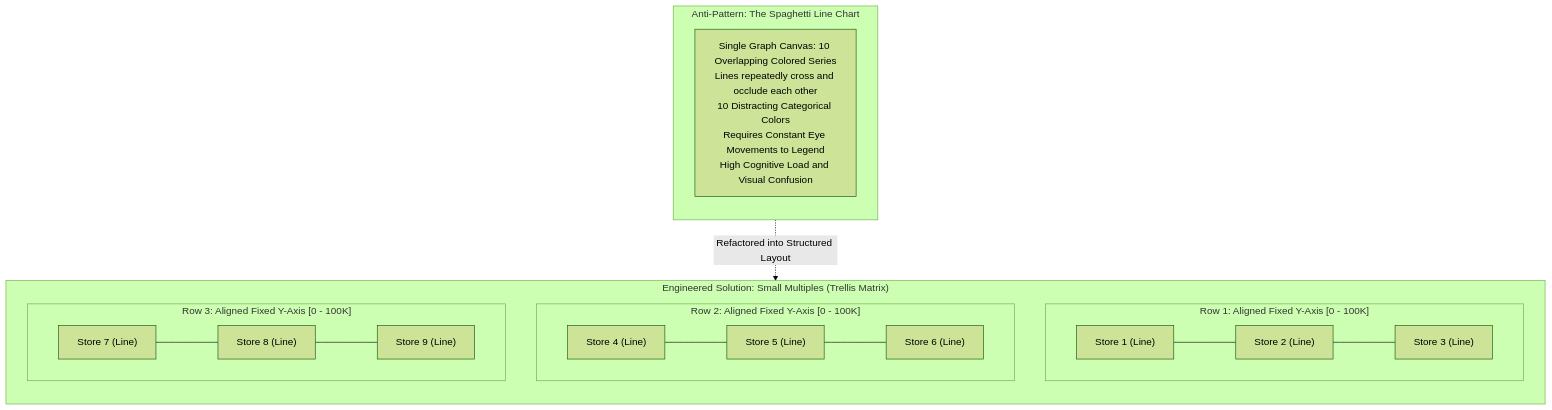
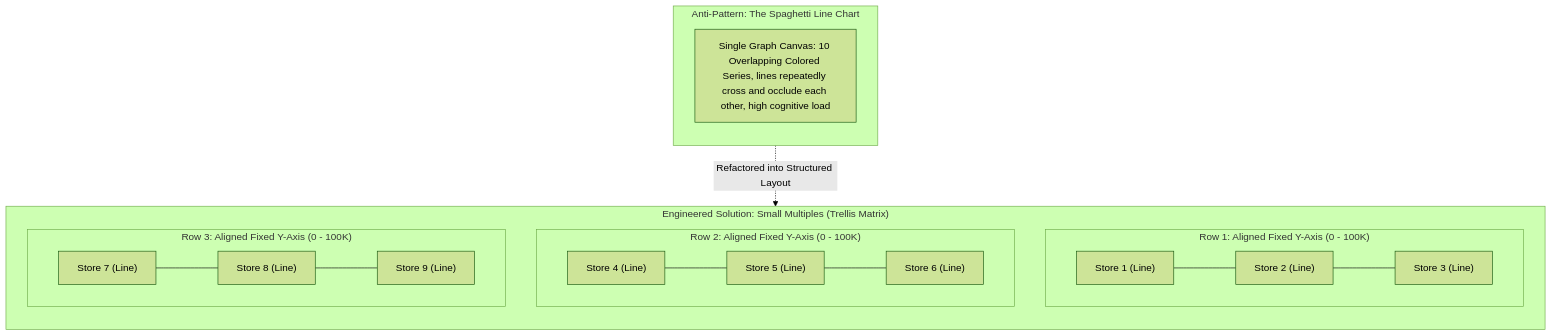
One commit to DeepLumiere/DeepSkills changed diagram 14 of 18 in notes/data_analysis/Unit_5_notes.md. Above: the diagram before and after it, drawn with Mermaid (forest theme). The commit also changed other lines of this file and 56 other files, not shown here.

````diff
--- a/notes/data_analysis/Unit_5_notes.md
+++ b/notes/data_analysis/Unit_5_notes.md
@@ -1217,22 +1217,22 @@
 ```mermaid
 flowchart TD
     subgraph AntiPattern ["Anti-Pattern: The Spaghetti Line Chart"]
         direction TB
-        SP["Single Graph Canvas: 10 Overlapping Colored Series<br/>Lines repeatedly cross and occlude each other<br/>10 Distracting Categorical Colors<br/>Requires Constant Eye Movements to Legend<br/>High Cognitive Load and Visual Confusion"]
+        SP["Single Graph Canvas: 10 Overlapping Colored Series, lines repeatedly cross and occlude each other, high cognitive load"]
     end
 
     subgraph TrellisSolution ["Engineered Solution: Small Multiples (Trellis Matrix)"]
         direction TB
-        subgraph Row1 ["Row 1: Aligned Fixed Y-Axis [0 - 100K]"]
+        subgraph Row1 ["Row 1: Aligned Fixed Y-Axis (0 - 100K)"]
             M1["Store 1 (Line)"] --- M2["Store 2 (Line)"] --- M3["Store 3 (Line)"]
         end
-        subgraph Row2 ["Row 2: Aligned Fixed Y-Axis [0 - 100K]"]
+        subgraph Row2 ["Row 2: Aligned Fixed Y-Axis (0 - 100K)"]
             M4["Store 4 (Line)"] --- M5["Store 5 (Line)"] --- M6["Store 6 (Line)"]
         end
-        subgraph Row3 ["Row 3: Aligned Fixed Y-Axis [0 - 100K]"]
+        subgraph Row3 ["Row 3: Aligned Fixed Y-Axis (0 - 100K)"]
             M7["Store 7 (Line)"] --- M8["Store 8 (Line)"] --- M9["Store 9 (Line)"]
         end
     end
 
     AntiPattern -.->|"Refactored into Structured Layout"| TrellisSolution
 ```
````
